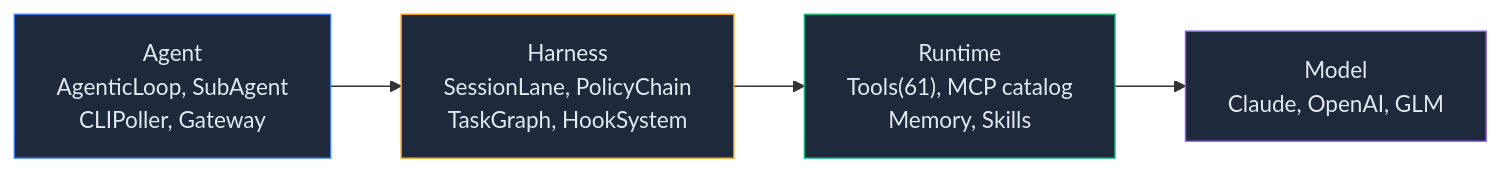
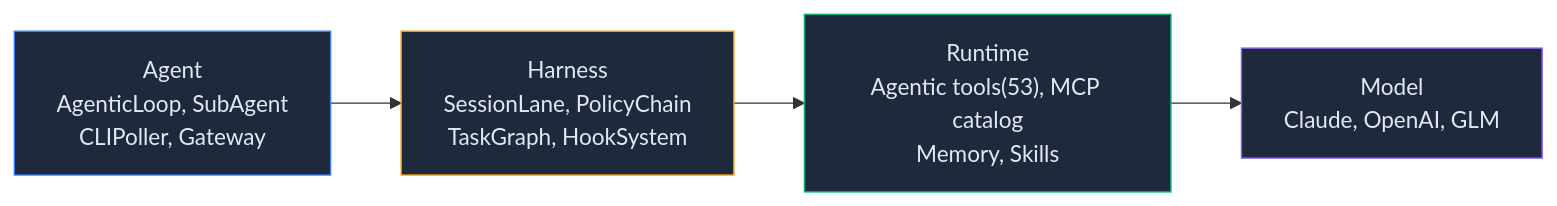
The diagram in README.ko.md (mangowhoiscloud/geode), drawn with Mermaid before and after one commit. The commit also changed other lines of this file and 2 other files, not shown here.

````diff
--- a/README.ko.md
+++ b/README.ko.md
@@ -391,11 +414,11 @@
 ```mermaid
 graph LR
     AG["Agent<br/>AgenticLoop, SubAgent<br/>CLIPoller, Gateway"] --> HA["Harness<br/>SessionLane, PolicyChain<br/>TaskGraph, HookSystem"]
-    HA --> RT["Runtime<br/>Tools(61), MCP catalog<br/>Memory, Skills"]
+    HA --> RT["Runtime<br/>Agentic tools(53), MCP catalog<br/>Memory, Skills"]
     RT --> MD["Model<br/>Claude, OpenAI, GLM"]
 
     style AG fill:#1e293b,stroke:#3b82f6,color:#e2e8f0
     style HA fill:#1e293b,stroke:#f59e0b,color:#e2e8f0
     style RT fill:#1e293b,stroke:#10b981,color:#e2e8f0
     style MD fill:#1e293b,stroke:#8b5cf6,color:#e2e8f0
 ```
````
